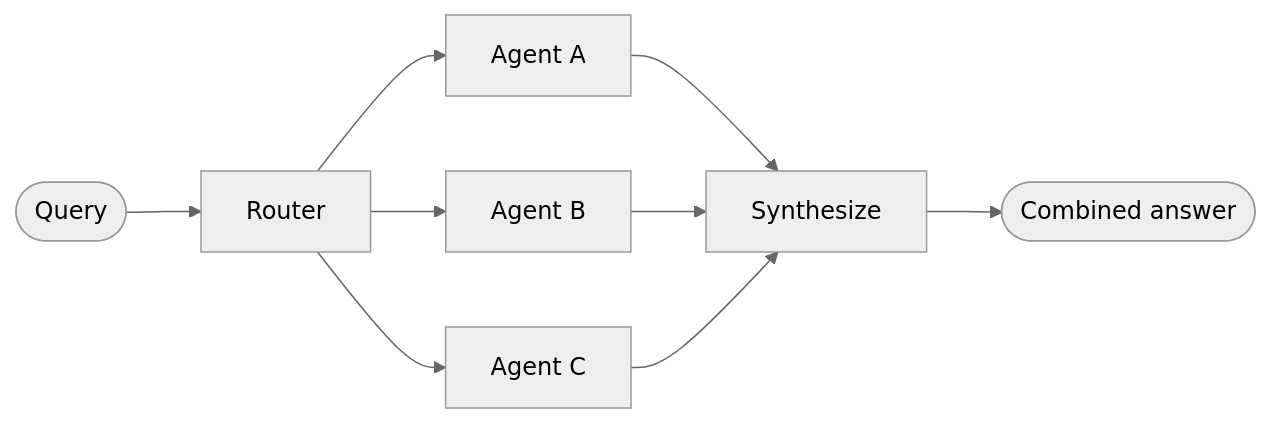
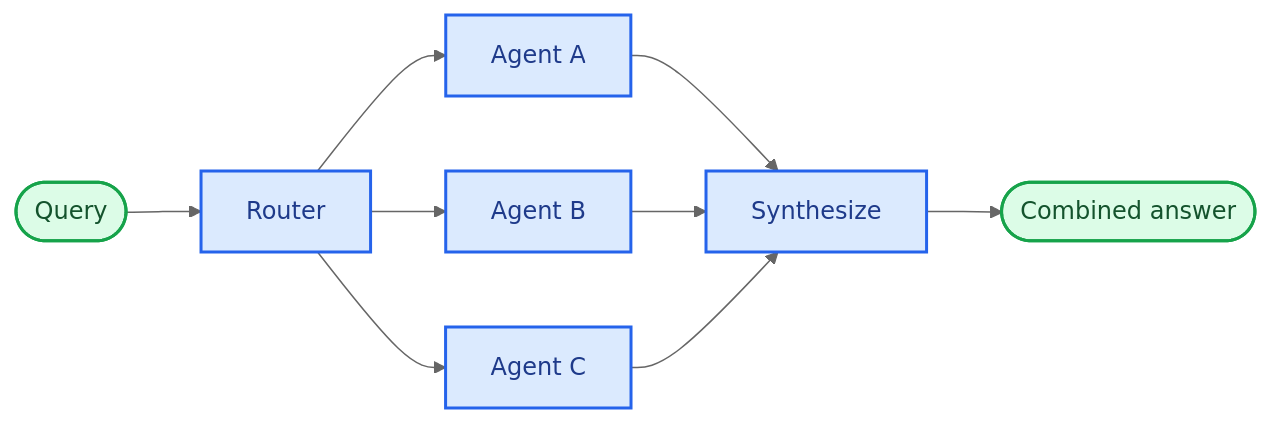
The diagram in build/oss/javascript/langchain/multi-agent/router.mdx (bansalkanav/docs), drawn with Mermaid (neutral theme) before and after one commit. The commit also changed other lines of this file and 2887 other files, not shown here.

````diff
--- a/build/oss/javascript/langchain/multi-agent/router.mdx
+++ b/build/oss/javascript/langchain/multi-agent/router.mdx
@@ -7,11 +7,17 @@
 ```mermaid
 graph LR
     A([Query]) --> B[Router]
     B --> C[Agent A]
     B --> D[Agent B]
     B --> E[Agent C]
     C --> F[Synthesize]
     D --> F
     E --> F
     F --> G([Combined answer])
+
+    classDef trigger fill:#DCFCE7,stroke:#16A34A,stroke-width:2px,color:#14532D
+    classDef process fill:#DBEAFE,stroke:#2563EB,stroke-width:2px,color:#1E3A8A
+
+    class A,G trigger
+    class B,C,D,E,F process
 ```
````
